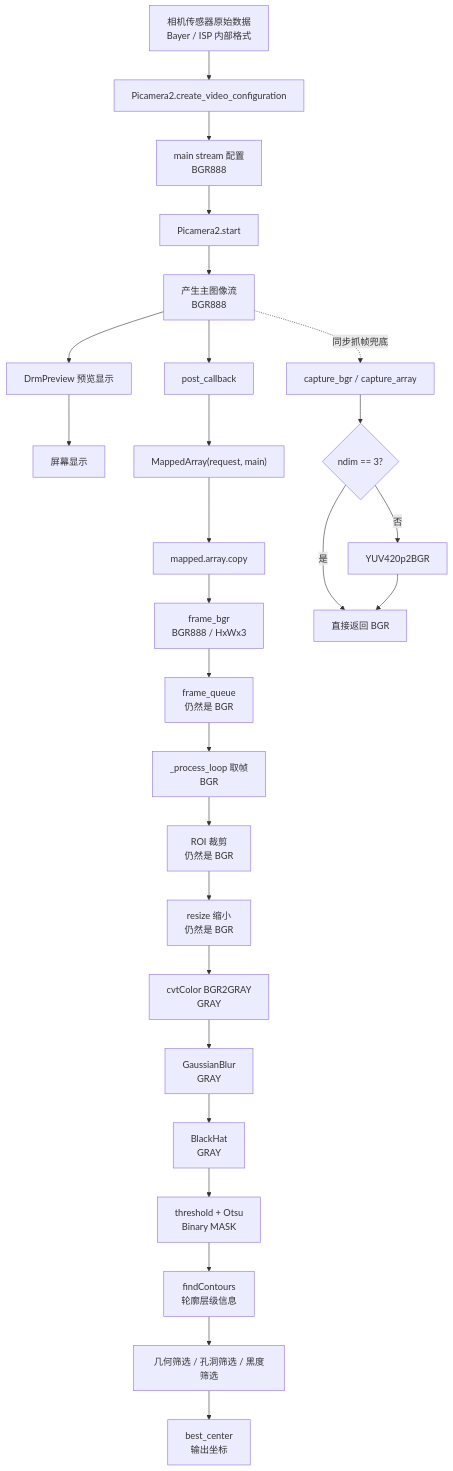
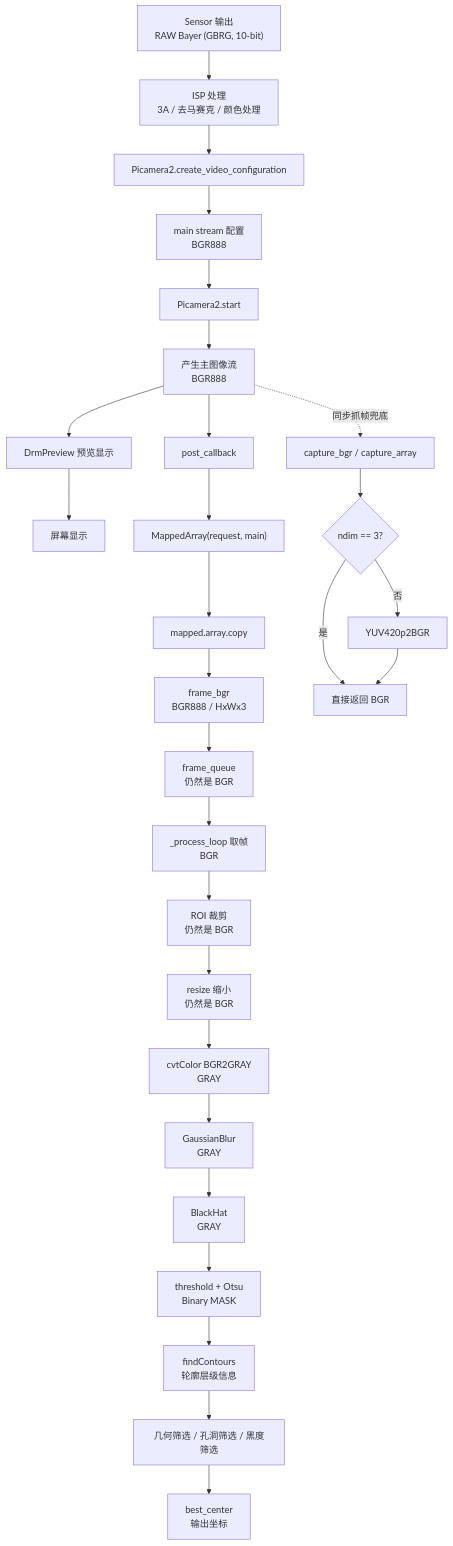
Before and after one commit to Ruifan61/-practice-2025-nuedc-e-vision: the diagram in docs/color_format_pipeline.md, drawn with Mermaid. The commit also changed other lines of this file, not shown here.

Commit message:
docs: 修正图像帧参数与链路说明

````diff
--- a/docs/color_format_pipeline.md
+++ b/docs/color_format_pipeline.md
@@ -7,33 +7,34 @@
 ```mermaid
 flowchart TD
-    A["相机传感器原始数据<br/>Bayer / ISP 内部格式"]
-        --> B["Picamera2.create_video_configuration"]
-    B --> C["main stream 配置<br/>BGR888"]
-    C --> D["Picamera2.start"]
-    D --> E["产生主图像流<br/>BGR888"]
+    A["Sensor 输出<br/>RAW Bayer (GBRG, 10-bit)"]
+        --> B["ISP 处理<br/>3A / 去马赛克 / 颜色处理"]
+    B --> C["Picamera2.create_video_configuration"]
+    C --> D["main stream 配置<br/>BGR888"]
+    D --> E["Picamera2.start"]
+    E --> F["产生主图像流<br/>BGR888"]
 
-    E --> F["DrmPreview 预览显示"]
-    F --> G["屏幕显示"]
+    F --> G["DrmPreview 预览显示"]
+    G --> H["屏幕显示"]
 
-    E --> H["post_callback"]
-    H --> I["MappedArray(request, main)"]
-    I --> J["mapped.array.copy"]
-    J --> K["frame_bgr<br/>BGR888 / HxWx3"]
-    K --> L["frame_queue<br/>仍然是 BGR"]
-    L --> M["_process_loop 取帧<br/>BGR"]
-    M --> N["ROI 裁剪<br/>仍然是 BGR"]
-    N --> O["resize 缩小<br/>仍然是 BGR"]
-    O --> P["cvtColor BGR2GRAY<br/>GRAY"]
-    P --> Q["GaussianBlur<br/>GRAY"]
-    Q --> R["BlackHat<br/>GRAY"]
-    R --> S["threshold + Otsu<br/>Binary MASK"]
-    S --> T["findContours<br/>轮廓层级信息"]
-    T --> U["几何筛选 / 孔洞筛选 / 黑度筛选"]
-    U --> V["best_center<br/>输出坐标"]
+    F --> I["post_callback"]
+    I --> J["MappedArray(request, main)"]
+    J --> K["mapped.array.copy"]
+    K --> L["frame_bgr<br/>BGR888 / HxWx3"]
+    L --> M["frame_queue<br/>仍然是 BGR"]
+    M --> N["_process_loop 取帧<br/>BGR"]
+    N --> O["ROI 裁剪<br/>仍然是 BGR"]
+    O --> P["resize 缩小<br/>仍然是 BGR"]
+    P --> Q["cvtColor BGR2GRAY<br/>GRAY"]
+    Q --> R["GaussianBlur<br/>GRAY"]
+    R --> S["BlackHat<br/>GRAY"]
+    S --> T["threshold + Otsu<br/>Binary MASK"]
+    T --> U["findContours<br/>轮廓层级信息"]
+    U --> V["几何筛选 / 孔洞筛选 / 黑度筛选"]
+    V --> W["best_center<br/>输出坐标"]
 
-    E -. "同步抓帧兜底" .-> W["capture_bgr / capture_array"]
-    W --> X{"ndim == 3?"}
-    X -- 是 --> Y["直接返回 BGR"]
-    X -- 否 --> Z["YUV420p2BGR"]
-    Z --> Y
+    F -. "同步抓帧兜底" .-> X["capture_bgr / capture_array"]
+    X --> Y{"ndim == 3?"}
+    Y -- 是 --> Z["直接返回 BGR"]
+    Y -- 否 --> AA["YUV420p2BGR"]
+    AA --> Z
 ```
````
